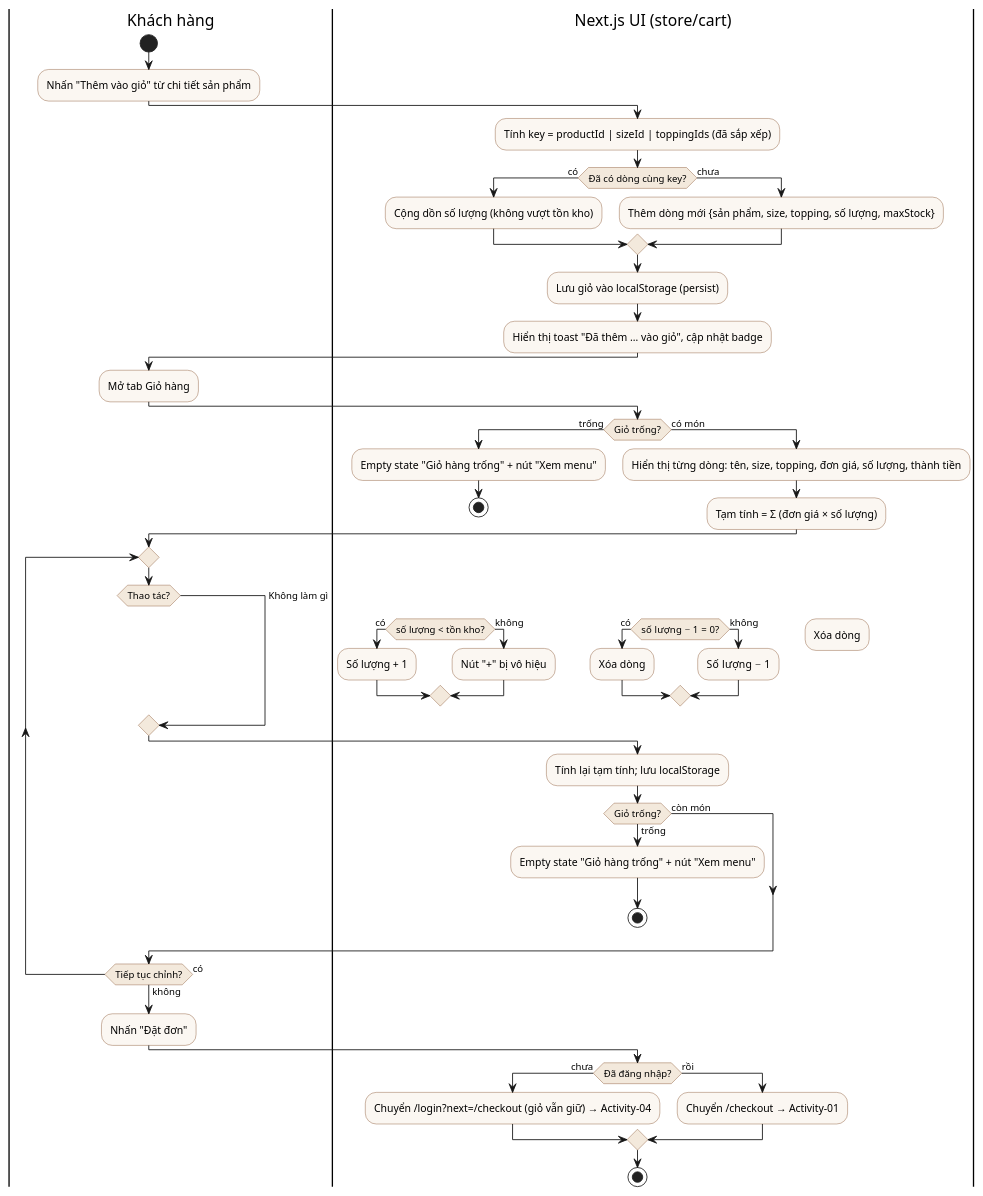
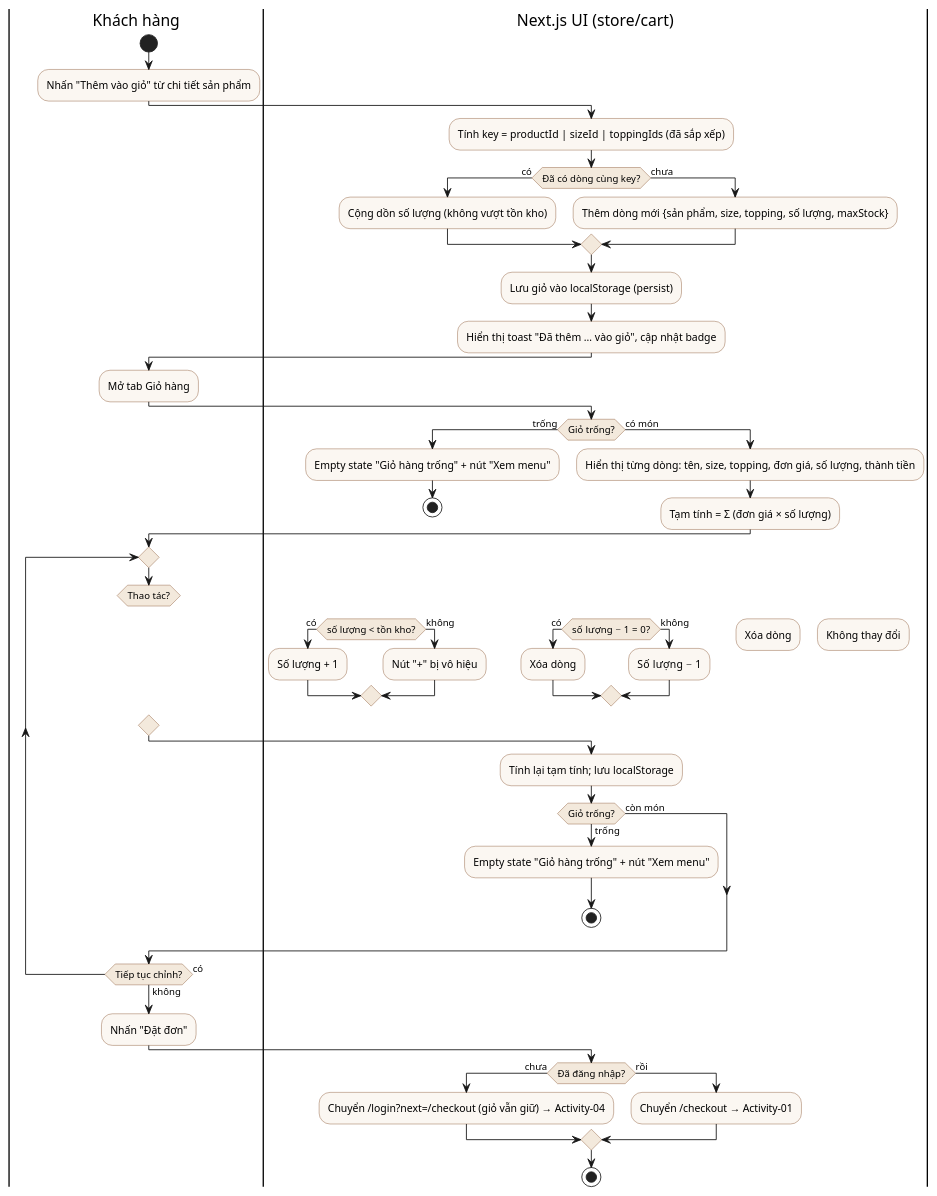
The diagram in docs/diagrams/activity-cart.puml (LHTCoder/brewlite), drawn with PlantUML before and after one commit. The commit also changed 10 other files, not shown here.

First line of the commit message:
docs: vẽ lại 5 sơ đồ activity bằng PlantUML 1.2026.9

```diff
--- a/docs/diagrams/activity-cart.puml
+++ b/docs/diagrams/activity-cart.puml
@@ -1,67 +1,69 @@
 @startuml activity-cart
 ' Activity-03: Quản lý giỏ hàng và tính tổng tiền (FR-03)
 skinparam ActivityBackgroundColor #FBF7F2
 skinparam ActivityBorderColor #8A5733
 skinparam ActivityDiamondBackgroundColor #F3E9DC
 |Khách hàng|
 start
 :Nhấn "Thêm vào giỏ" từ chi tiết sản phẩm;
 |Next.js UI (store/cart)|
 :Tính key = productId | sizeId | toppingIds (đã sắp xếp);
 if (Đã có dòng cùng key?) then (có)
   :Cộng dồn số lượng (không vượt tồn kho);
 else (chưa)
   :Thêm dòng mới {sản phẩm, size, topping, số lượng, maxStock};
 endif
 :Lưu giỏ vào localStorage (persist);
 :Hiển thị toast "Đã thêm … vào giỏ", cập nhật badge;
 |Khách hàng|
 :Mở tab Giỏ hàng;
 |Next.js UI (store/cart)|
 if (Giỏ trống?) then (trống)
   :Empty state "Giỏ hàng trống" + nút "Xem menu";
   stop
 else (có món)
   :Hiển thị từng dòng: tên, size, topping, đơn giá, số lượng, thành tiền;
   :Tạm tính = Σ (đơn giá × số lượng);
 endif
 |Khách hàng|
 repeat
   switch (Thao tác?)
   case (Tăng)
     |Next.js UI (store/cart)|
     if (số lượng < tồn kho?) then (có)
       :Số lượng + 1;
     else (không)
       :Nút "+" bị vô hiệu;
     endif
   case (Giảm)
     |Next.js UI (store/cart)|
     if (số lượng − 1 = 0?) then (có)
       :Xóa dòng;
     else (không)
       :Số lượng − 1;
     endif
   case (Xóa)
     |Next.js UI (store/cart)|
     :Xóa dòng;
   case (Không làm gì)
+    |Next.js UI (store/cart)|
+    :Không thay đổi;
   endswitch
   |Next.js UI (store/cart)|
   :Tính lại tạm tính; lưu localStorage;
   if (Giỏ trống?) then (trống)
     :Empty state "Giỏ hàng trống" + nút "Xem menu";
     stop
   else (còn món)
   endif
   |Khách hàng|
 repeat while (Tiếp tục chỉnh?) is (có) not (không)
 :Nhấn "Đặt đơn";
 |Next.js UI (store/cart)|
 if (Đã đăng nhập?) then (chưa)
   :Chuyển /login?next=/checkout (giỏ vẫn giữ) → Activity-04;
 else (rồi)
   :Chuyển /checkout → Activity-01;
 endif
 stop
 @enduml
```
